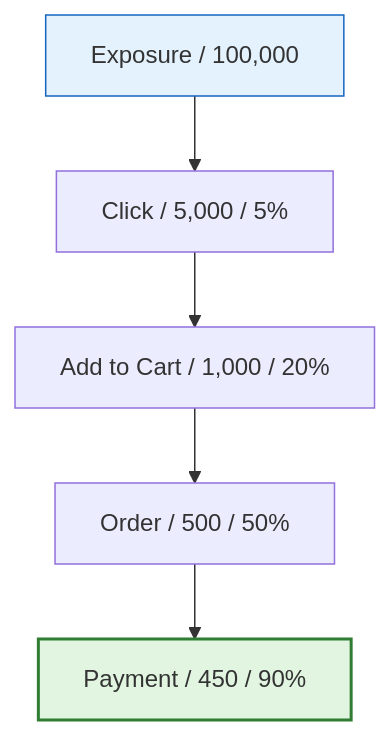
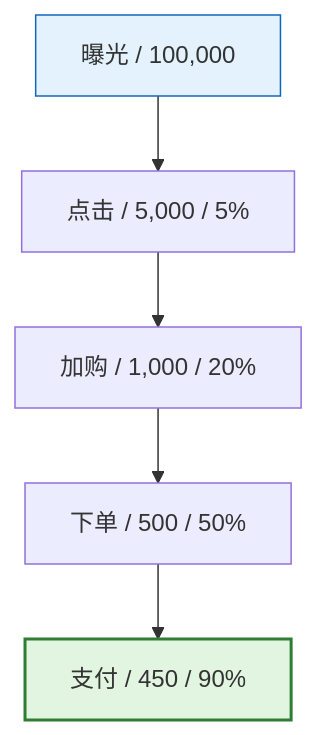
Before and after one commit to Kirky-X/cangjie: the eighth of 9 diagrams in templates/Product/Operations/Template-Operations-Manual.md, drawn with Mermaid. The commit also changed other lines of this file and 33 other files, not shown here.

````diff
--- a/templates/Product/Operations/Template-Operations-Manual.md
+++ b/templates/Product/Operations/Template-Operations-Manual.md
@@ -395,10 +395,10 @@
 ```mermaid
 flowchart TD
-    A[Exposure / 100,000] --> B[Click / 5,000 / 5%]
-    B --> C[Add to Cart / 1,000 / 20%]
-    C --> D[Order / 500 / 50%]
-    D --> E[Payment / 450 / 90%]
+    A[曝光 / 100,000] --> B[点击 / 5,000 / 5%]
+    B --> C[加购 / 1,000 / 20%]
+    C --> D[下单 / 500 / 50%]
+    D --> E[支付 / 450 / 90%]
 
     style A fill:#e3f2fd,stroke:#1565c0
     style E fill:#e1f5e1,stroke:#2e7d32,stroke-width:2px
 ```
````
